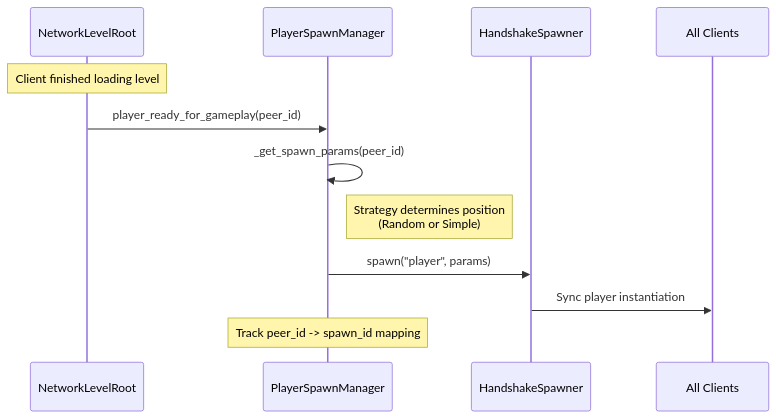
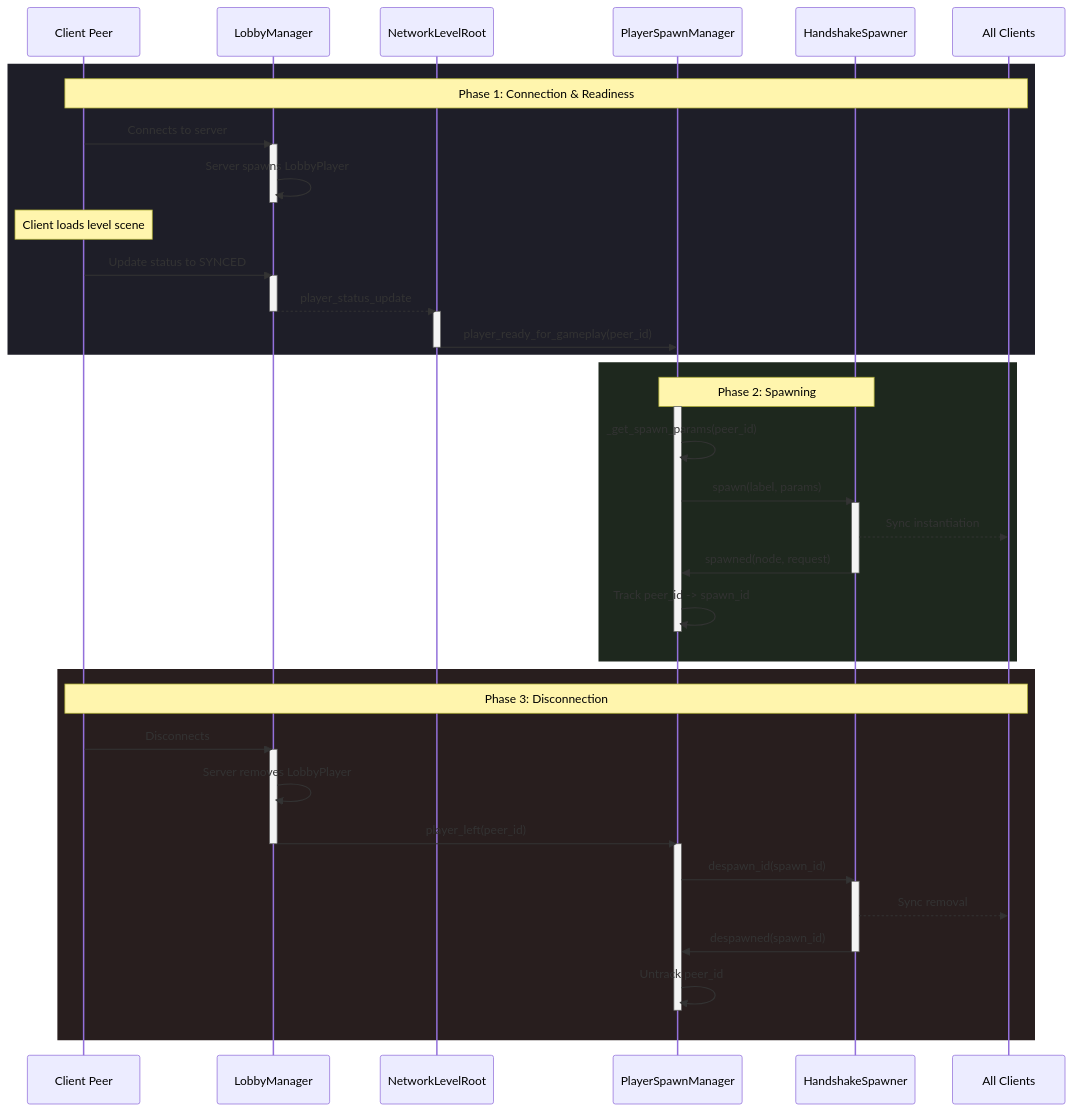
Before and after one commit to RGonzalezTech/Friendslop-Template: the diagram in scripts/multiplayer/player_spawning/README.md, drawn with Mermaid. The commit also changed other lines of this file and 4 other files, not shown here.

````diff
--- a/scripts/multiplayer/player_spawning/README.md
+++ b/scripts/multiplayer/player_spawning/README.md
@@ -17,18 +17,59 @@
 ```mermaid
 sequenceDiagram
+    participant Peer as Client Peer
+    participant Lobby as LobbyManager
     participant Level as NetworkLevelRoot
     participant Manager as PlayerSpawnManager
     participant Spawner as HandshakeSpawner
     participant All as All Clients
 
-    Note over Level: Client finished loading level
+    rect rgb(30, 30, 40)
+    Note over Peer, All: Phase 1: Connection & Readiness
+    Peer->>Lobby: Connects to server
+    activate Lobby
+    Lobby->>Lobby: Server spawns LobbyPlayer
+    deactivate Lobby
+    
+    Note over Peer: Client loads level scene
+    
+    Peer->>Lobby: Update status to SYNCED
+    activate Lobby
+    Lobby-->>Level: player_status_update
+    deactivate Lobby
+    
+    activate Level
     Level->>Manager: player_ready_for_gameplay(peer_id)
+    deactivate Level
+    end
+
+    rect rgb(30, 40, 30)
+    Note over Manager, Spawner: Phase 2: Spawning
+    activate Manager
+    Manager->>Manager: _get_spawn_params(peer_id)
+    Manager->>Spawner: spawn(label, params)
+    activate Spawner
+    Spawner-->>All: Sync instantiation
+    Spawner->>Manager: spawned(node, request)
+    deactivate Spawner
+    Manager->>Manager: Track peer_id -> spawn_id
+    deactivate Manager
+    end
+
+    rect rgb(40, 30, 30)
+    Note over Peer, All: Phase 3: Disconnection
+    Peer->>Lobby: Disconnects
+    activate Lobby
+    Lobby->>Lobby: Server removes LobbyPlayer
+    Lobby->>Manager: player_left(peer_id)
+    deactivate Lobby
     
-    Manager->>Manager: _get_spawn_params(peer_id)
-    Note right of Manager: Strategy determines position<br/>(Random or Simple)
-
-    Manager->>Spawner: spawn("player", params)
-    Spawner->>All: Sync player instantiation
-    
-    Note over Manager: Track peer_id -> spawn_id mapping
+    activate Manager
+    Manager->>Spawner: despawn_id(spawn_id)
+    activate Spawner
+    Spawner-->>All: Sync removal
+    Spawner->>Manager: despawned(spawn_id)
+    deactivate Spawner
+    Manager->>Manager: Untrack peer_id
+    deactivate Manager
+    end
 ```
````
